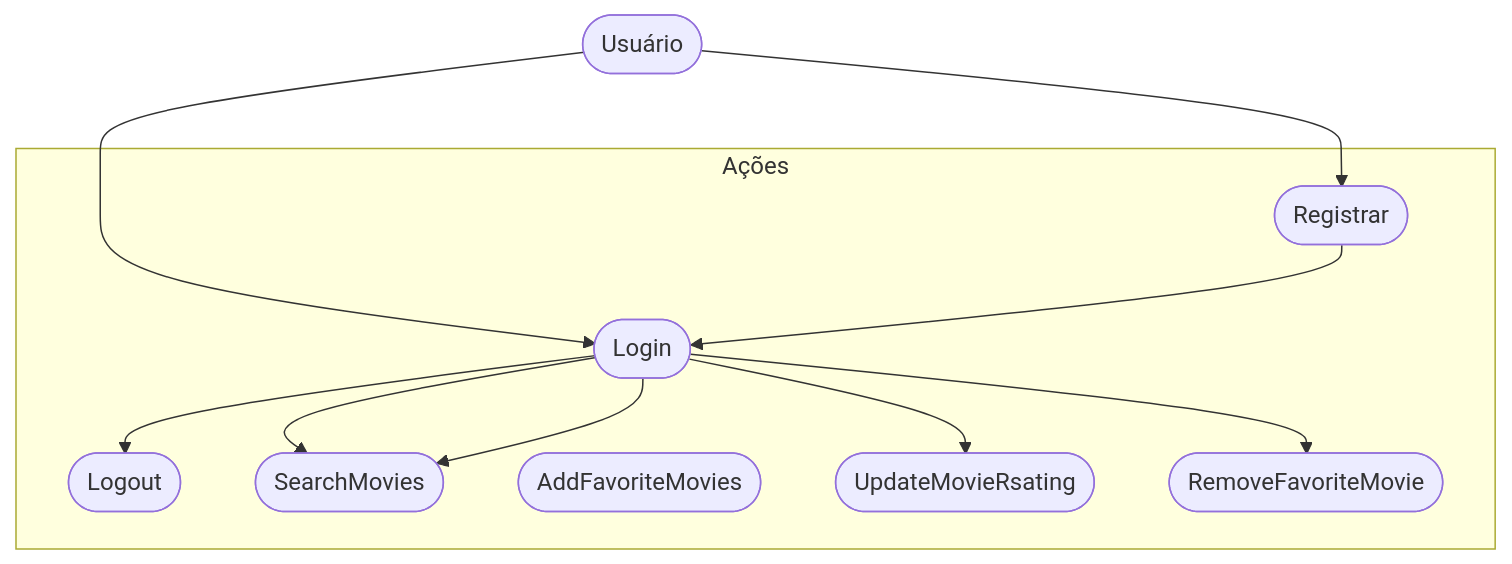
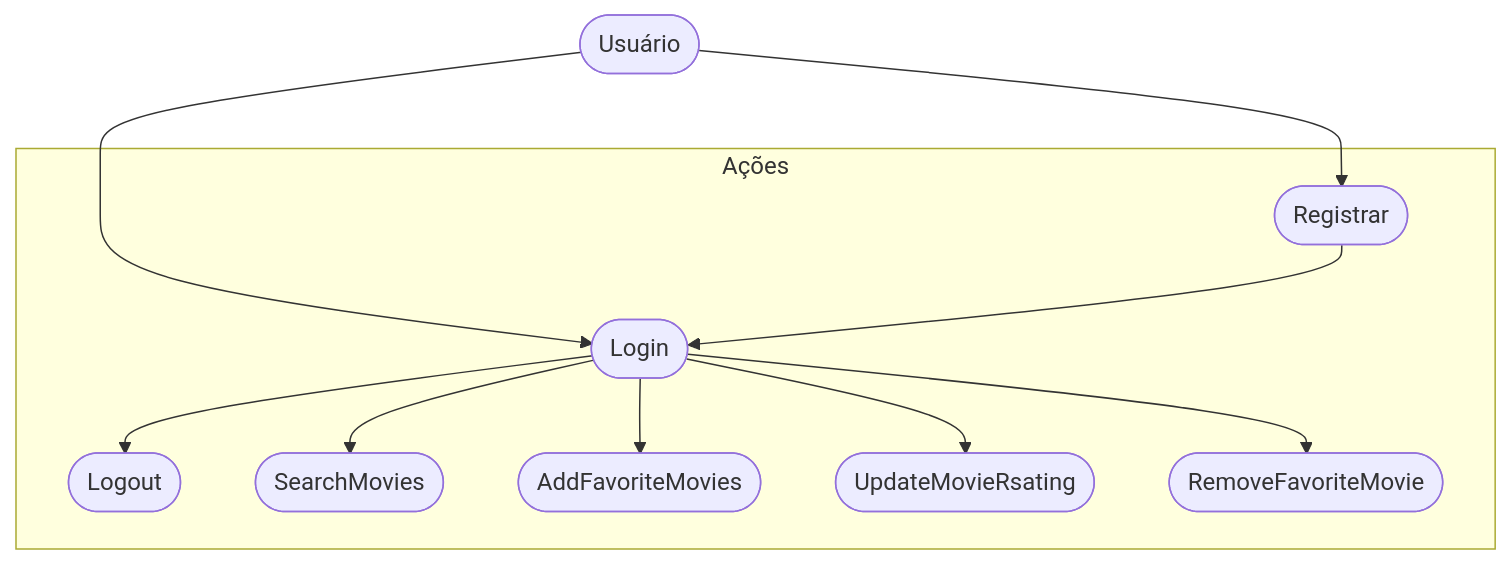
Before and after one commit to ju130-star/Curso-Mobile: the second of 3 diagrams in FireBase/cine_favorite/README.md, drawn with Mermaid.

````diff
--- a/FireBase/cine_favorite/README.md
+++ b/FireBase/cine_favorite/README.md
@@ -90,26 +90,26 @@
 ```mermaid
 
 graph TD
    subgraph "Ações"
      ac1([Registrar])
      ac2([Login])
      ac3([Logout])
      ac4([SearchMovies])
      ac5([AddFavoriteMovies])
      ac6([UpdateMovieRsating])
      ac7([RemoveFavoriteMovie])
   end
 
   user([Usuário])
 
   user --> ac1   
   user --> ac2
 
   ac1 --> ac2   
   ac2 --> ac3   
   ac2 --> ac4   
-  ac2 --> ac4   
+  ac2 --> ac5   
   ac2 --> ac6   
   ac2 --> ac7   
 
 ```
````
